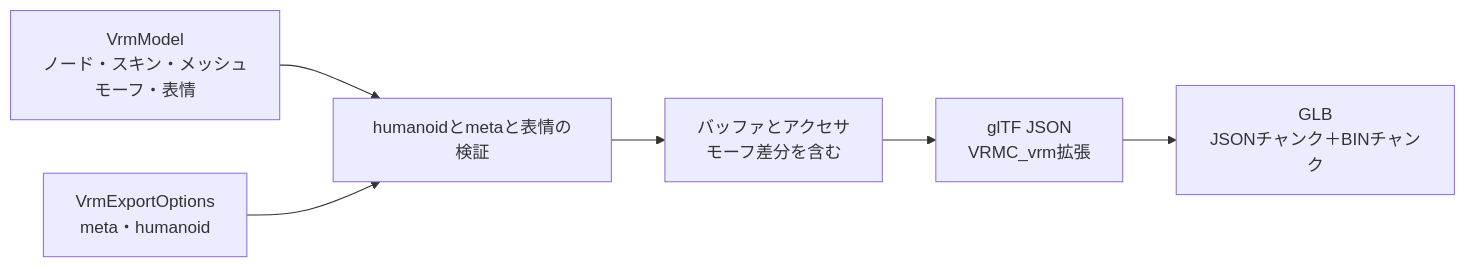
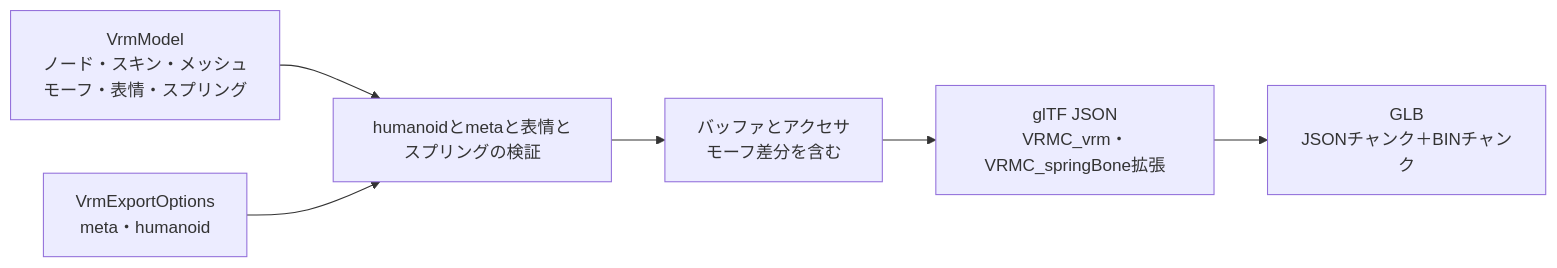
Before and after one commit to halby24/vrctom: the diagram in design/VRM書き出し.md, drawn with Mermaid. The commit also changed other lines of this file and 7 other files, not shown here.

````diff
--- a/design/VRM書き出し.md
+++ b/design/VRM書き出し.md
@@ -16,8 +16,8 @@
 ```mermaid
 flowchart LR
-    model[VrmModel<br/>ノード・スキン・メッシュ<br/>モーフ・表情] --> validate[humanoidとmetaと表情の検証]
+    model[VrmModel<br/>ノード・スキン・メッシュ<br/>モーフ・表情・スプリング] --> validate[humanoidとmetaと表情とスプリングの検証]
     options[VrmExportOptions<br/>meta・humanoid] --> validate
     validate --> accessors[バッファとアクセサ<br/>モーフ差分を含む]
-    accessors --> json[glTF JSON<br/>VRMC_vrm拡張]
+    accessors --> json[glTF JSON<br/>VRMC_vrm・VRMC_springBone拡張]
     json --> glb[GLB<br/>JSONチャンク＋BINチャンク]
 ```
````
